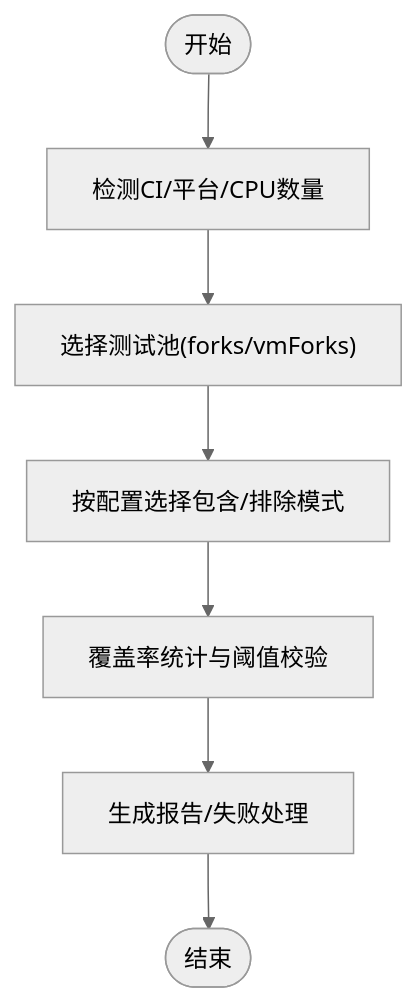
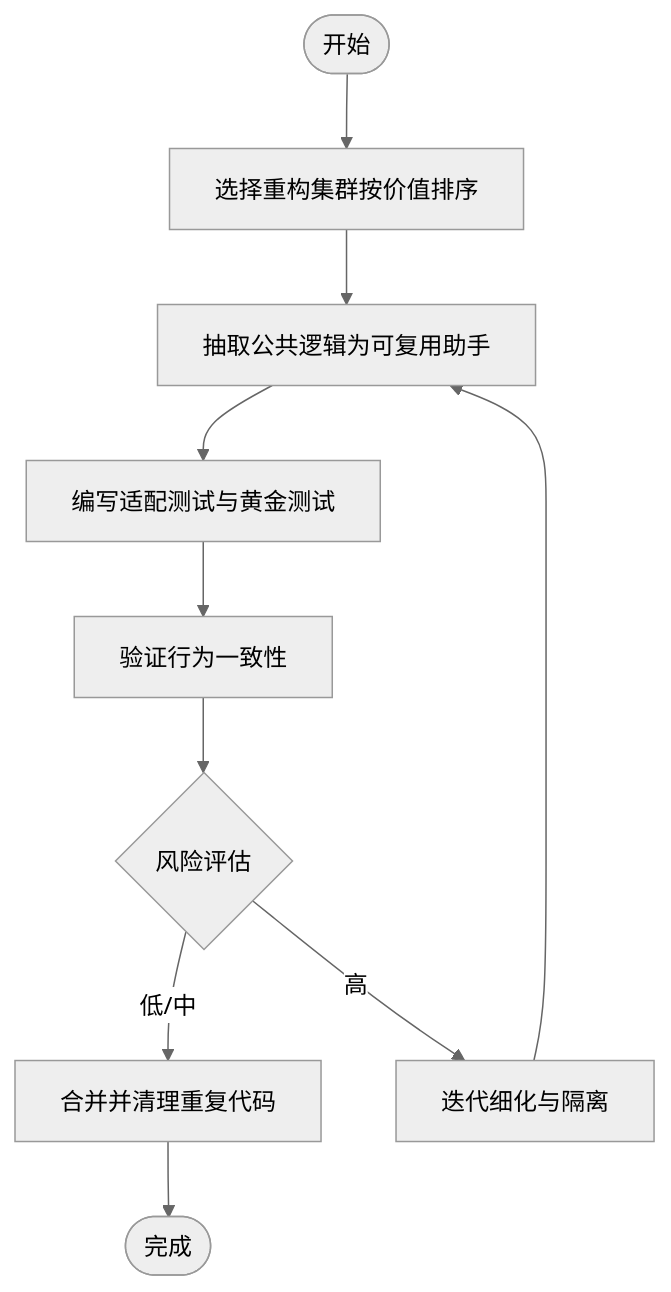
The fifth of 6 diagrams in repowiki/zh/content/开发者指南/开发者指南.md (botx-work/OpenClaw-Internals), drawn with Mermaid (neutral theme) before and after one commit. The commit also changed other lines of this file and 542 other files, not shown here.

````diff
--- a/repowiki/zh/content/开发者指南/开发者指南.md
+++ b/repowiki/zh/content/开发者指南/开发者指南.md
@@ -164,9 +228,12 @@
 ```mermaid
 flowchart TD
-Start(["开始"]) --> Detect["检测CI/平台/CPU数量"]
-Detect --> Pool["选择测试池(forks/vmForks)"]
-Pool --> Select["按配置选择包含/排除模式"]
-Select --> Coverage["覆盖率统计与阈值校验"]
-Coverage --> Report["生成报告/失败处理"]
-Report --> End(["结束"])
+Start(["开始"]) --> Pick["选择重构集群按价值排序"]
+Pick --> Extract["抽取公共逻辑为可复用助手"]
+Extract --> Test["编写适配测试与黄金测试"]
+Test --> Validate["验证行为一致性"]
+Validate --> Risk{"风险评估"}
+Risk --> |低/中| Merge["合并并清理重复代码"]
+Risk --> |高| Iterate["迭代细化与隔离"]
+Iterate --> Extract
+Merge --> End(["完成"])
 ```
````
